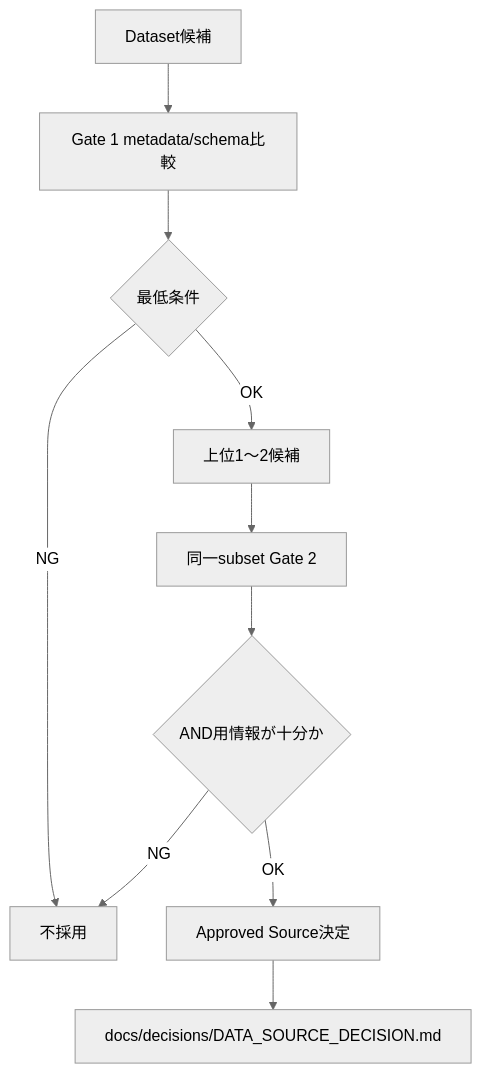
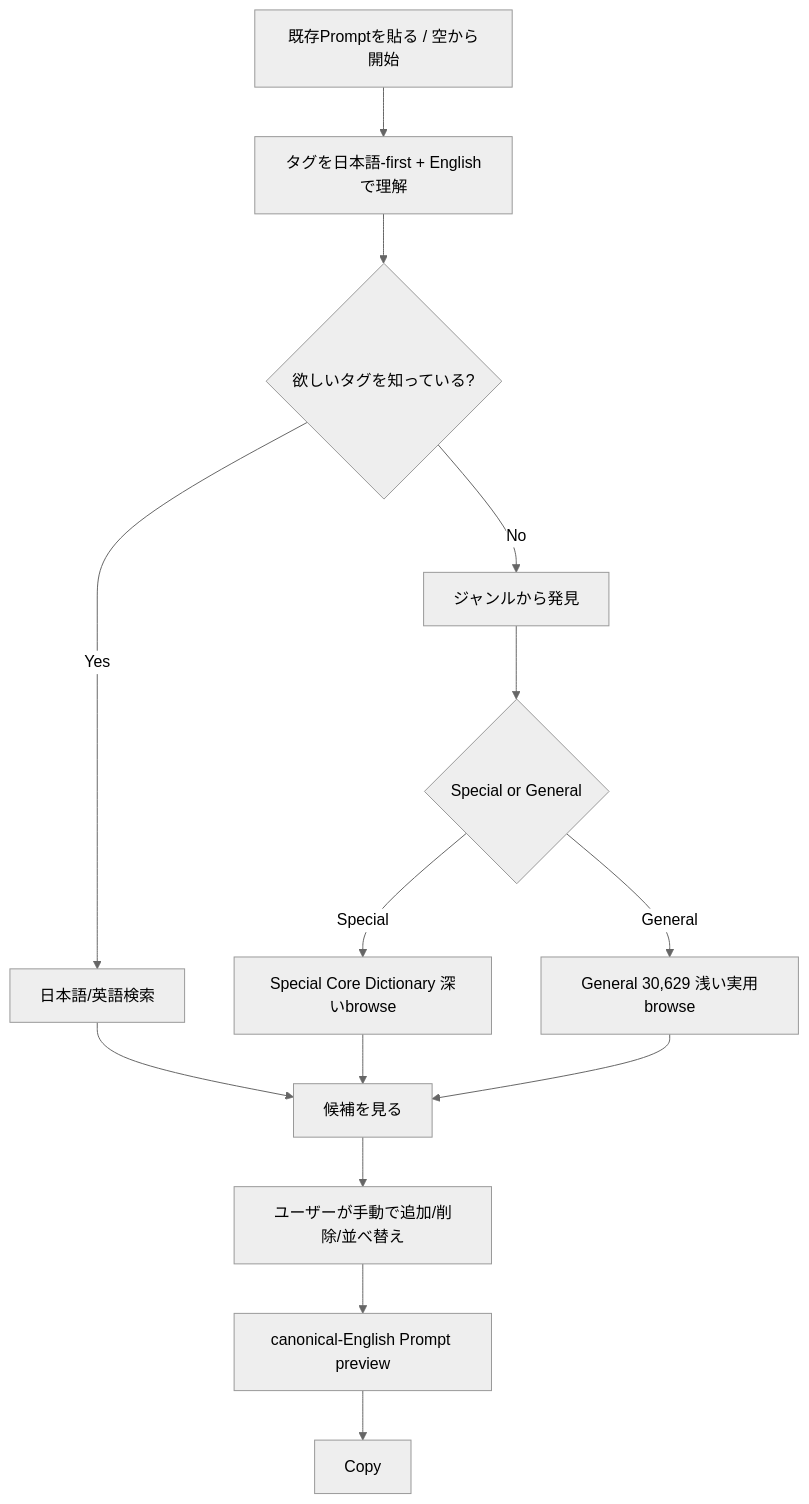
Before and after one commit to takasago181/DanbooruTagTool: the first of 6 diagrams in docs/FLOWCHARTS.md, drawn with Mermaid (neutral theme). The commit also changed other lines of this file, not shown here.

Commit message:
docs: replace legacy flowcharts with current v1 flow

````diff
--- a/docs/FLOWCHARTS.md
+++ b/docs/FLOWCHARTS.md
@@ -21,12 +5,16 @@
 ```mermaid
 flowchart TD
- A[Dataset候補] --> B[Gate 1 metadata/schema比較]
- B --> C{最低条件}
- C -- NG --> D[不採用]
- C -- OK --> E[上位1〜2候補]
- E --> F[同一subset Gate 2]
- F --> G{AND用情報が十分か}
- G -- NG --> D
- G -- OK --> H[Approved Source決定]
- H --> I[docs/decisions/DATA_SOURCE_DECISION.md]
+ A[既存Promptを貼る / 空から開始] --> B[タグを日本語-first + Englishで理解]
+ B --> C{欲しいタグを知っている?}
+ C -- Yes --> D[日本語/英語検索]
+ C -- No --> E[ジャンルから発見]
+ E --> F{Special or General}
+ F -- Special --> G[Special Core Dictionary 深いbrowse]
+ F -- General --> H[General 30,629 浅い実用browse]
+ D --> I[候補を見る]
+ G --> I
+ H --> I
+ I --> J[ユーザーが手動で追加/削除/並べ替え]
+ J --> K[canonical-English Prompt preview]
+ K --> L[Copy]
 ```
````
